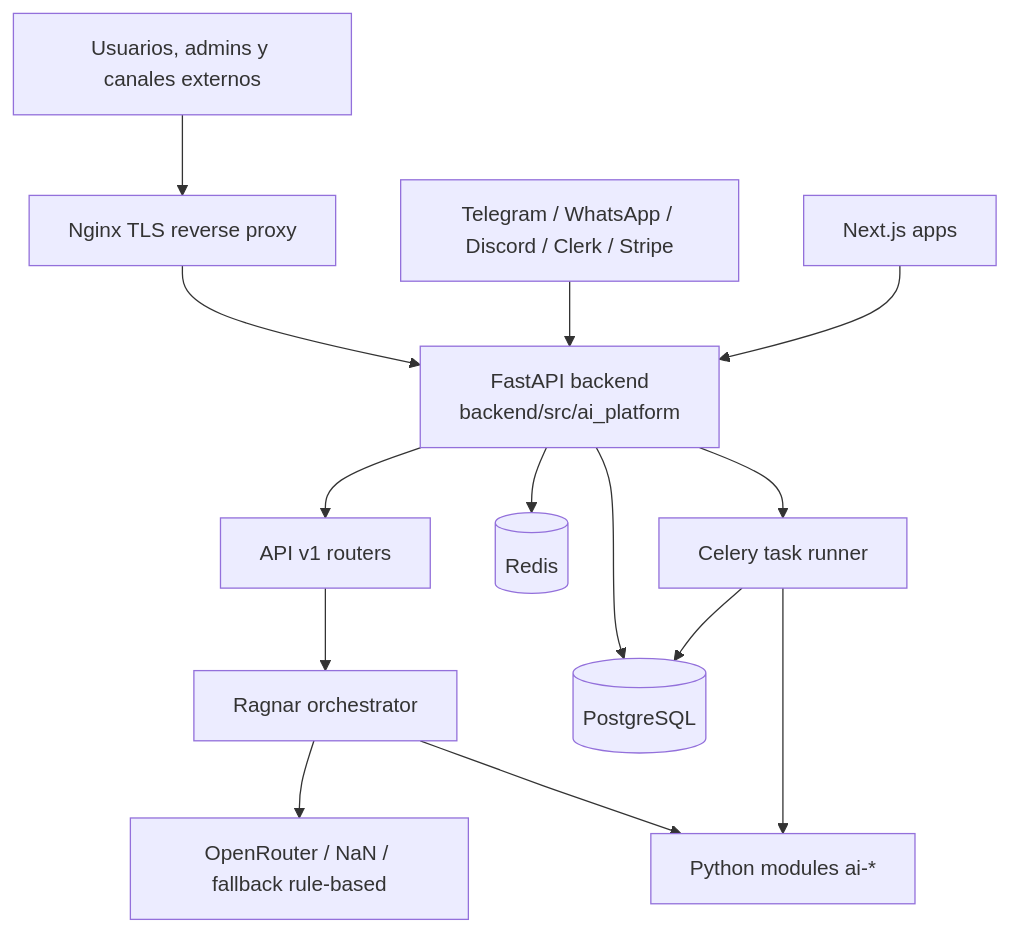
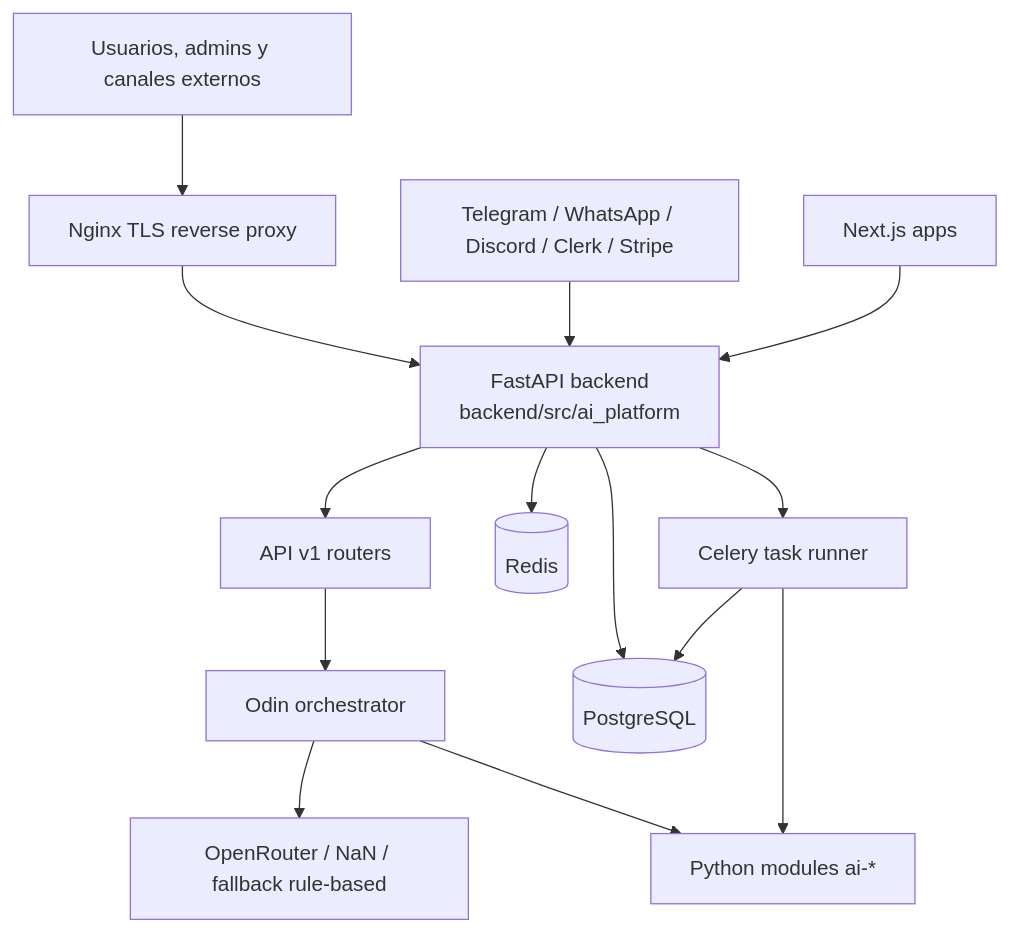
The diagram in docs/architecture.md (Jemadiar1/ai-platform), drawn with Mermaid before and after one commit. The commit also changed other lines of this file and 35 other files, not shown here.

````diff
--- a/docs/architecture.md
+++ b/docs/architecture.md
@@ -18,16 +18,16 @@
 ```mermaid
 flowchart TD
     U[Usuarios, admins y canales externos] --> NGINX[Nginx TLS reverse proxy]
     NGINX --> API[FastAPI backend<br/>backend/src/ai_platform]
     API --> ROUTERS[API v1 routers]
-    ROUTERS --> RAGNAR[Ragnar orchestrator]
-    RAGNAR --> LLM[OpenRouter / NaN / fallback rule-based]
-    RAGNAR --> MODS[Python modules ai-*]
+    ROUTERS --> Odin[Odin orchestrator]
+    Odin --> LLM[OpenRouter / NaN / fallback rule-based]
+    Odin --> MODS[Python modules ai-*]
     API --> DB[(PostgreSQL)]
     API --> REDIS[(Redis)]
     API --> CELERY[Celery task runner]
     CELERY --> MODS
     CELERY --> DB
     CHANNELS[Telegram / WhatsApp / Discord / Clerk / Stripe] --> API
     APPS[Next.js apps] --> API
 ```
````
